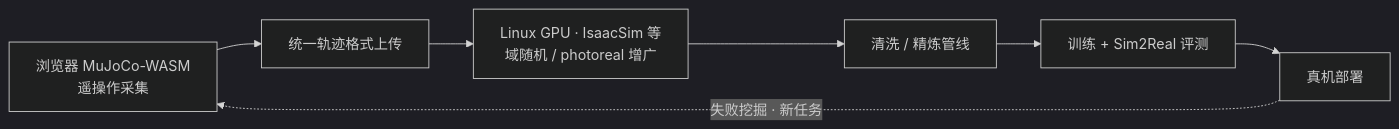
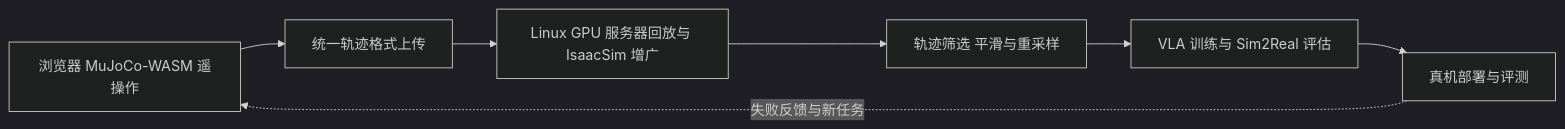
One commit to ImChong/Robotics_Notebooks changed the diagram in wiki/entities/axis-robotics.md. Above: the diagram before and after it, drawn with Mermaid (dark theme). The commit also changed other lines of this file, not shown here.

````diff
--- a/wiki/entities/axis-robotics.md
+++ b/wiki/entities/axis-robotics.md
@@ -59,11 +63,11 @@
 ```mermaid
 flowchart LR
-  web[浏览器 MuJoCo-WASM<br/>遥操作采集]
+  web[浏览器 MuJoCo-WASM 遥操作]
   upload[统一轨迹格式上传]
-  gpu[Linux GPU · IsaacSim 等<br/>域随机 /  photoreal 增广]
-  clean[清洗 / 精炼管线]
-  train[训练 + Sim2Real 评测]
-  real[真机部署]
+  gpu[Linux GPU 服务器回放与 IsaacSim 增广]
+  clean[轨迹筛选 平滑与重采样]
+  train[VLA 训练与 Sim2Real 评估]
+  real[真机部署与评测]
   web --> upload --> gpu --> clean --> train --> real
-  real -.->|失败挖掘 · 新任务| web
+  real -.->|失败反馈与新任务| web
 ```
````
